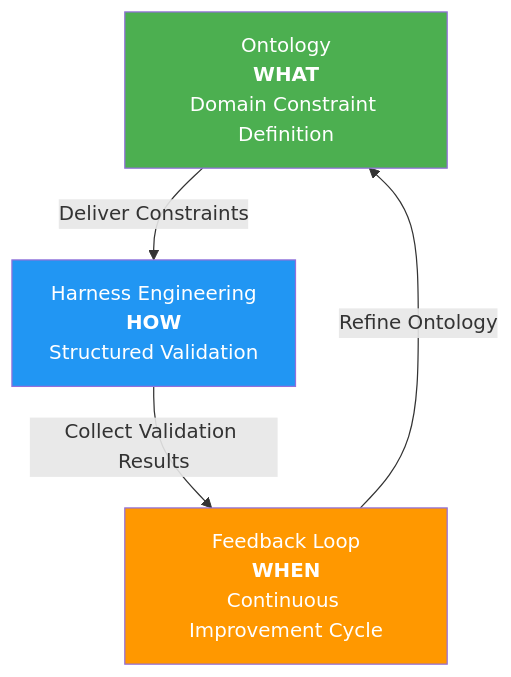
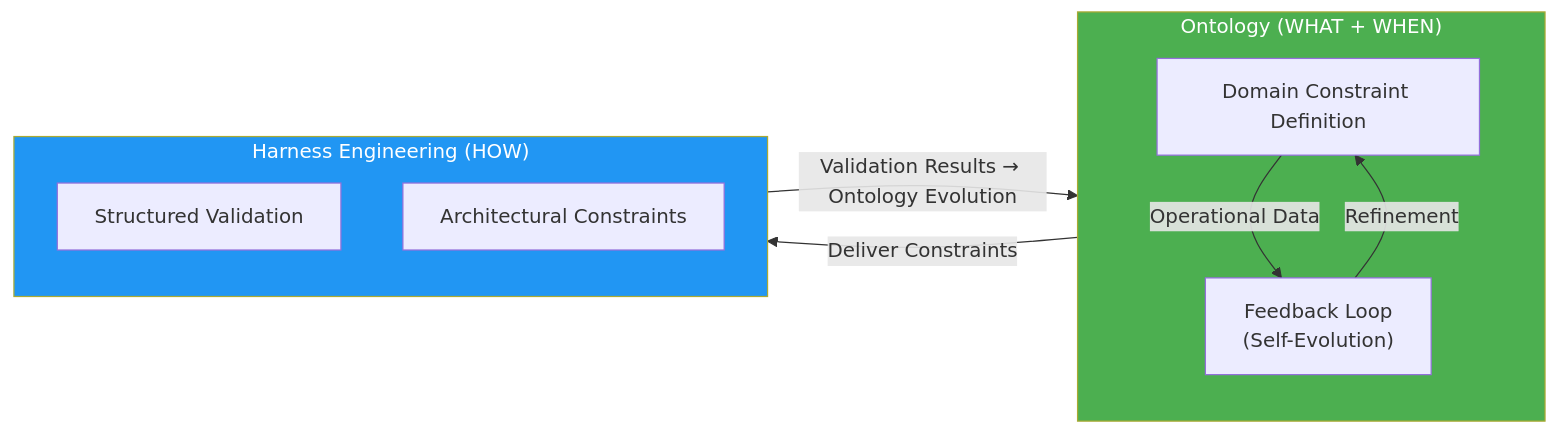
Before and after one commit to devfloor9/engineering-playbook: the second of 8 diagrams in i18n/en/docusaurus-plugin-content-docs/current/aidlc/aidlc-framework.md, drawn with Mermaid. The commit also changed other lines of this file and 16 other files, not shown here.

````diff
--- a/i18n/en/docusaurus-plugin-content-docs/current/aidlc/aidlc-framework.md
+++ b/i18n/en/docusaurus-plugin-content-docs/current/aidlc/aidlc-framework.md
@@ -231,14 +180,20 @@
 ```mermaid
-graph TD
-    ONT["Ontology<br/><b>WHAT</b><br/>Domain Constraint Definition"]
-    HAR["Harness Engineering<br/><b>HOW</b><br/>Structured Validation"]
-    FB["Feedback Loop<br/><b>WHEN</b><br/>Continuous Improvement Cycle"]
+graph LR
+    subgraph Ontology["Ontology (WHAT + WHEN)"]
+        DEF["Domain Constraint Definition"]
+        FB["Feedback Loop<br/>(Self-Evolution)"]
+        DEF -->|"Operational Data"| FB
+        FB -->|"Refinement"| DEF
+    end
 
-    ONT -->|"Deliver Constraints"| HAR
-    HAR -->|"Collect Validation Results"| FB
-    FB -->|"Refine Ontology"| ONT
+    subgraph Harness["Harness Engineering (HOW)"]
+        VAL["Structured Validation"]
+        ARCH["Architectural Constraints"]
+    end
 
-    style ONT fill:#4caf50,color:#fff
-    style HAR fill:#2196f3,color:#fff
-    style FB fill:#ff9800,color:#fff
+    Ontology -->|"Deliver Constraints"| Harness
+    Harness -->|"Validation Results → Ontology Evolution"| Ontology
+
+    style Ontology fill:#4caf50,color:#fff
+    style Harness fill:#2196f3,color:#fff
 ```
````
